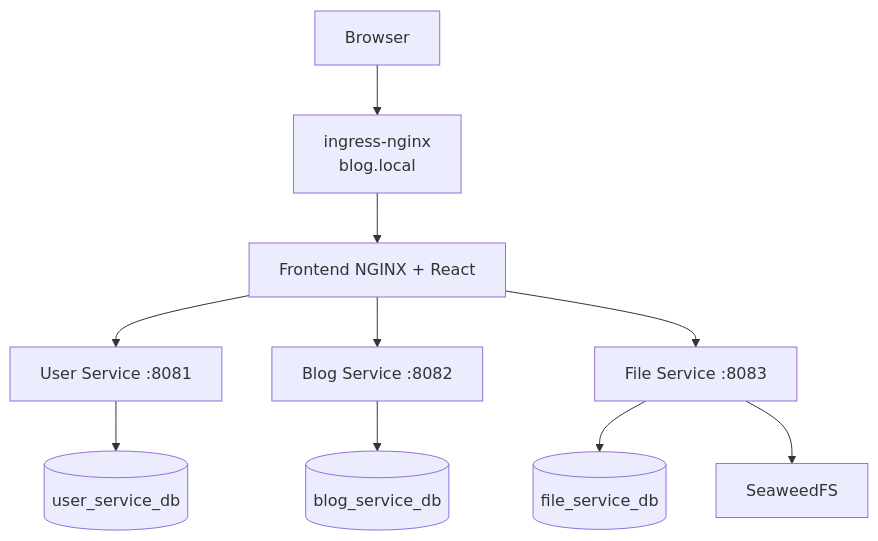
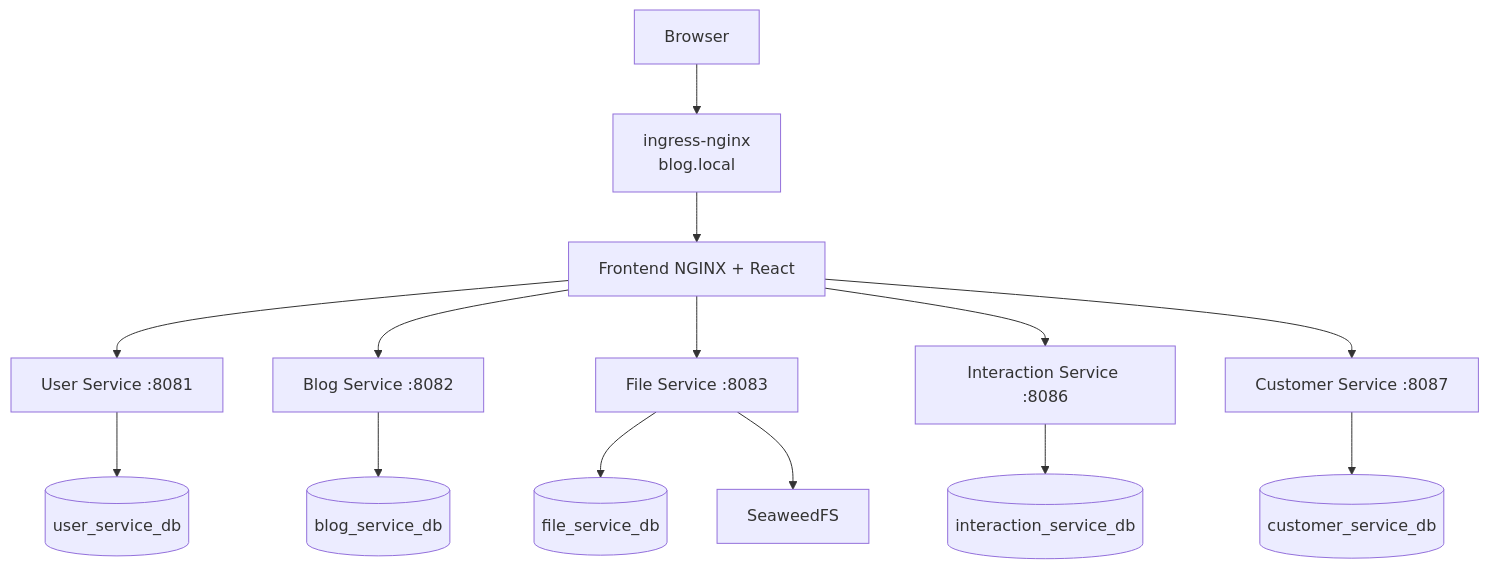
Before and after one commit to mquangpham575/DevOps-Blog-Platform: the diagram in README.md, drawn with Mermaid.

Commit message:
docs: update architecture Mermaid diagram to include interaction and customer services with their databases

````diff
--- a/README.md
+++ b/README.md
@@ -31,24 +31,32 @@
 ```mermaid
 graph TB
     U[Browser]
     ING[ingress-nginx<br/>blog.local]
     FE[Frontend NGINX + React]
 
     US[User Service :8081]
     BS[Blog Service :8082]
     FS[File Service :8083]
+    IS[Interaction Service :8086]
+    CS[Customer Service :8087]
 
     UDB[(user_service_db)]
     BDB[(blog_service_db)]
     FDB[(file_service_db)]
+    IDB[(interaction_service_db)]
+    CDB[(customer_service_db)]
     SFS[SeaweedFS]
 
     U --> ING --> FE
     FE --> US
     FE --> BS
     FE --> FS
+    FE --> IS
+    FE --> CS
     US --> UDB
     BS --> BDB
     FS --> FDB
     FS --> SFS
+    IS --> IDB
+    CS --> CDB
 ```
````
